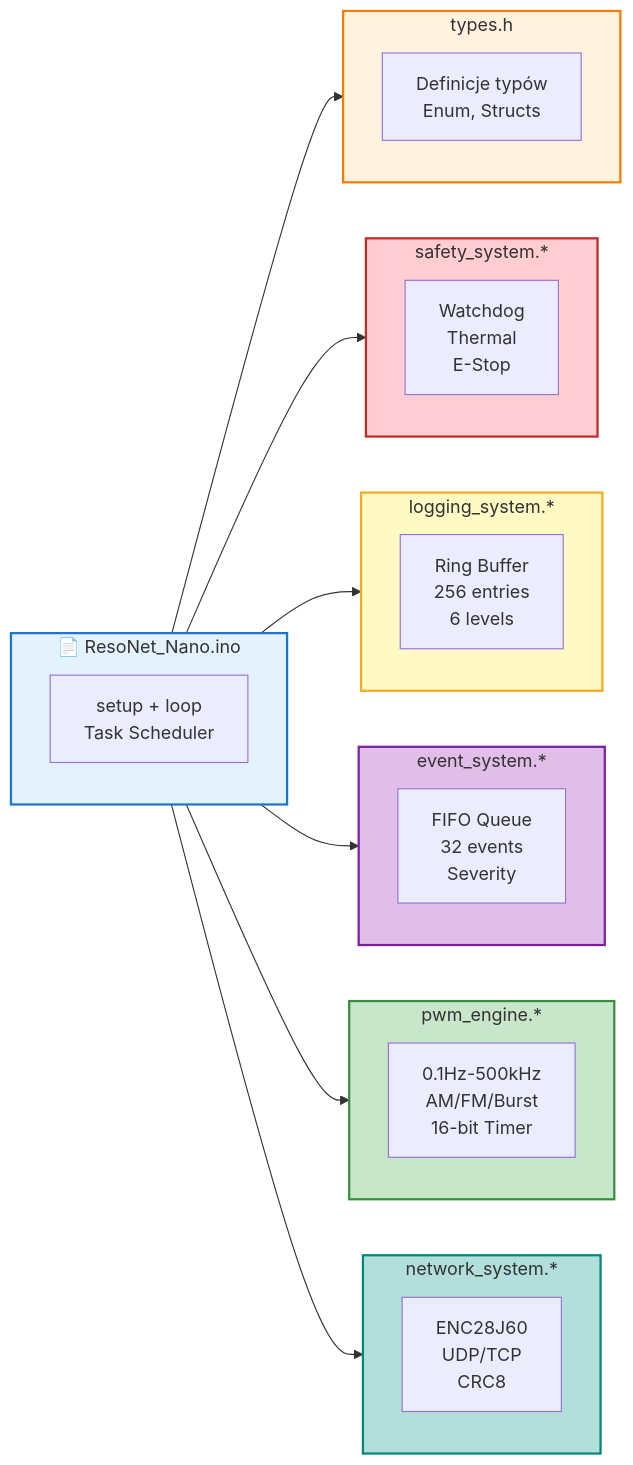
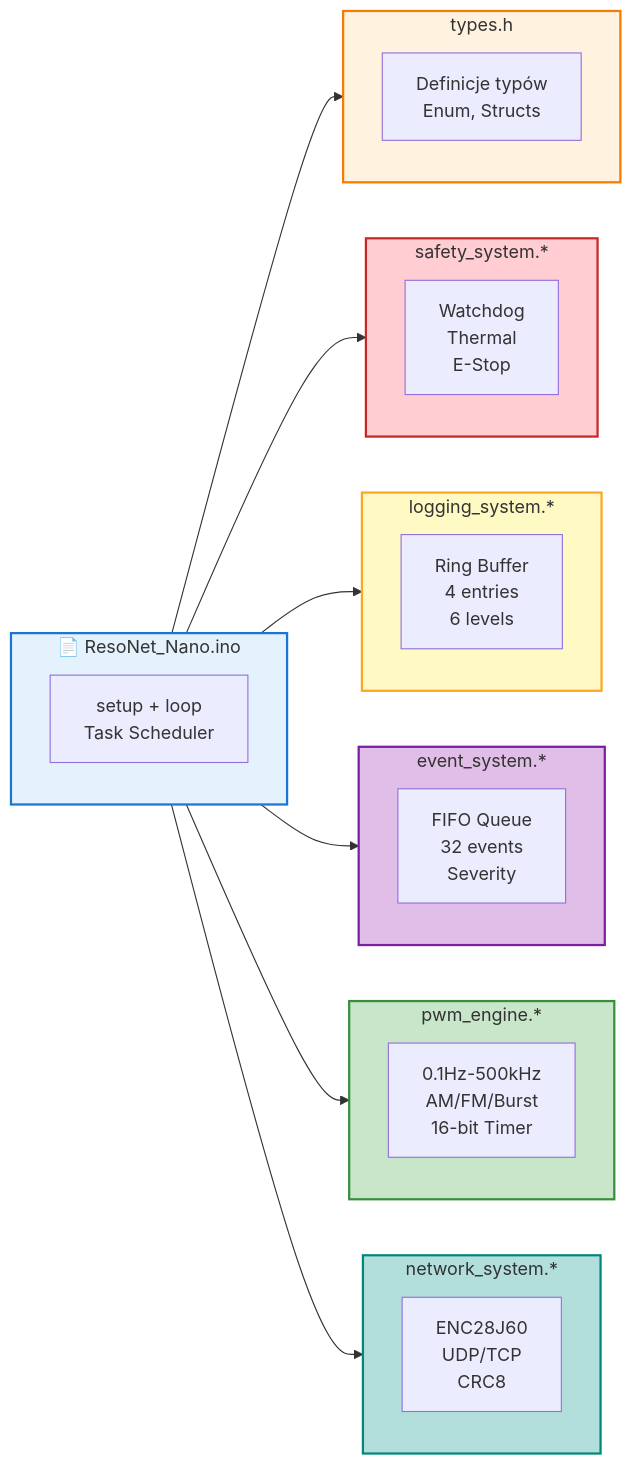
The third of 4 diagrams in arduino.md (bartoszruta26-droid/Bioresonance), drawn with Mermaid before and after one commit. The commit also changed other lines of this file, not shown here.

````diff
--- a/arduino.md
+++ b/arduino.md
@@ -128,45 +128,45 @@
 ```mermaid
 flowchart LR
     subgraph Main["📄 ResoNet_Nano.ino"]
         M1["setup + loop<br/>Task Scheduler"]
     end
     
     subgraph Types["types.h"]
         T1["Definicje typów<br/>Enum, Structs"]
     end
     
     subgraph Safety["safety_system.*"]
         S1["Watchdog<br/>Thermal<br/>E-Stop"]
     end
     
     subgraph Logging["logging_system.*"]
-        L1["Ring Buffer<br/>256 entries<br/>6 levels"]
+        L1["Ring Buffer<br/>4 entries<br/>6 levels"]
     end
     
     subgraph Events["event_system.*"]
         E1["FIFO Queue<br/>32 events<br/>Severity"]
     end
     
     subgraph PWM["pwm_engine.*"]
         P1["0.1Hz-500kHz<br/>AM/FM/Burst<br/>16-bit Timer"]
     end
     
     subgraph Network["network_system.*"]
         N1["ENC28J60<br/>UDP/TCP<br/>CRC8"]
     end
     
     Main --> Types
     Main --> Safety
     Main --> Logging
     Main --> Events
     Main --> PWM
     Main --> Network
     
     style Main fill:#e3f2fd,stroke:#1976d2,stroke-width:2px
     style Types fill:#fff3e0,stroke:#f57c00,stroke-width:2px
     style Safety fill:#ffcdd2,stroke:#c62828,stroke-width:2px
     style Logging fill:#fff9c4,stroke:#f9a825,stroke-width:2px
     style Events fill:#e1bee7,stroke:#7b1fa2,stroke-width:2px
     style PWM fill:#c8e6c9,stroke:#388e3c,stroke-width:2px
     style Network fill:#b2dfdb,stroke:#00897b,stroke-width:2px
 ```
````
